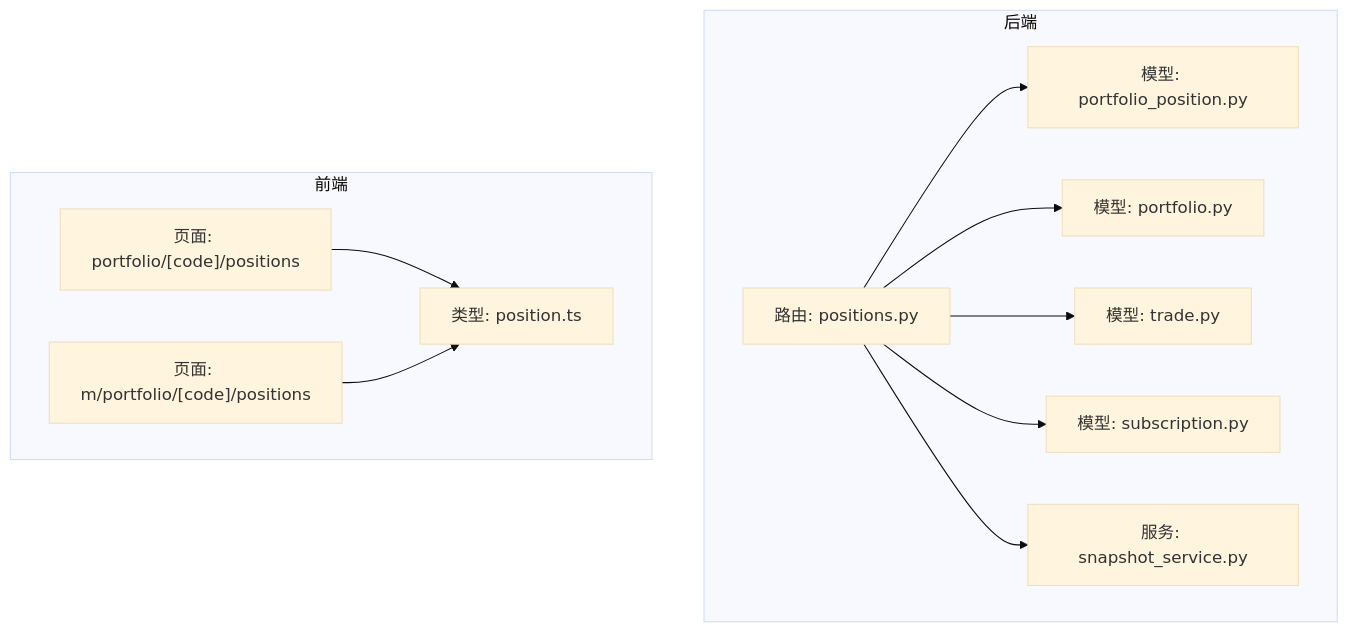
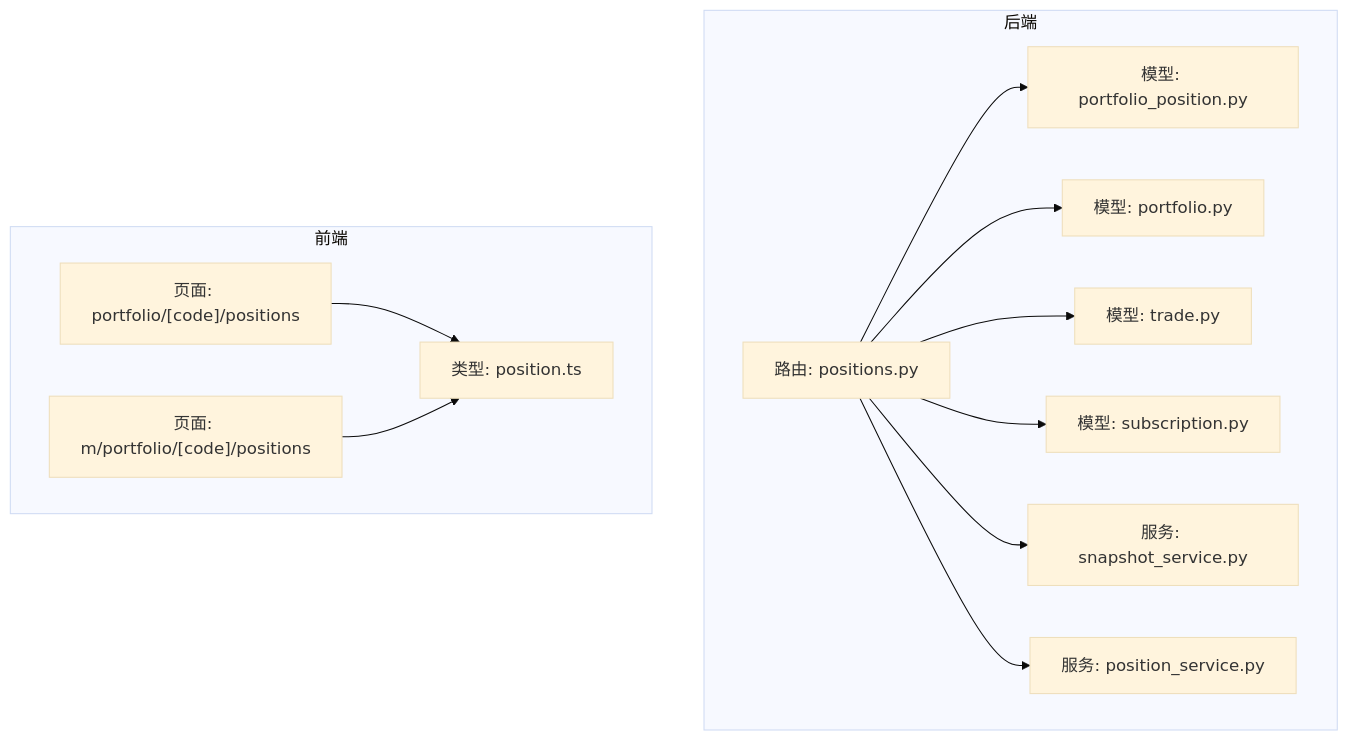
One commit to gujialind/InvestRing changed the first of 3 diagrams in .qoder/repowiki/zh/content/后端API文档/持仓管理API.md. Above: the diagram before and after it, drawn with Mermaid (base theme). The commit also changed other lines of this file and 42 other files, not shown here.

````diff
--- a/.qoder/repowiki/zh/content/后端API文档/持仓管理API.md
+++ b/.qoder/repowiki/zh/content/后端API文档/持仓管理API.md
@@ -46,23 +55,25 @@
 ```mermaid
 graph TB
 subgraph "后端"
 R["路由: positions.py"]
 M["模型: portfolio_position.py"]
 P["模型: portfolio.py"]
 T["模型: trade.py"]
 S["模型: subscription.py"]
 SV["服务: snapshot_service.py"]
+PS["服务: position_service.py"]
 end
 subgraph "前端"
 F1["页面: portfolio/[code]/positions"]
 F2["页面: m/portfolio/[code]/positions"]
 FT["类型: position.ts"]
 end
 R --> M
 R --> P
 R --> T
 R --> S
 R --> SV
+R --> PS
 F1 --> FT
 F2 --> FT
 ```
````
